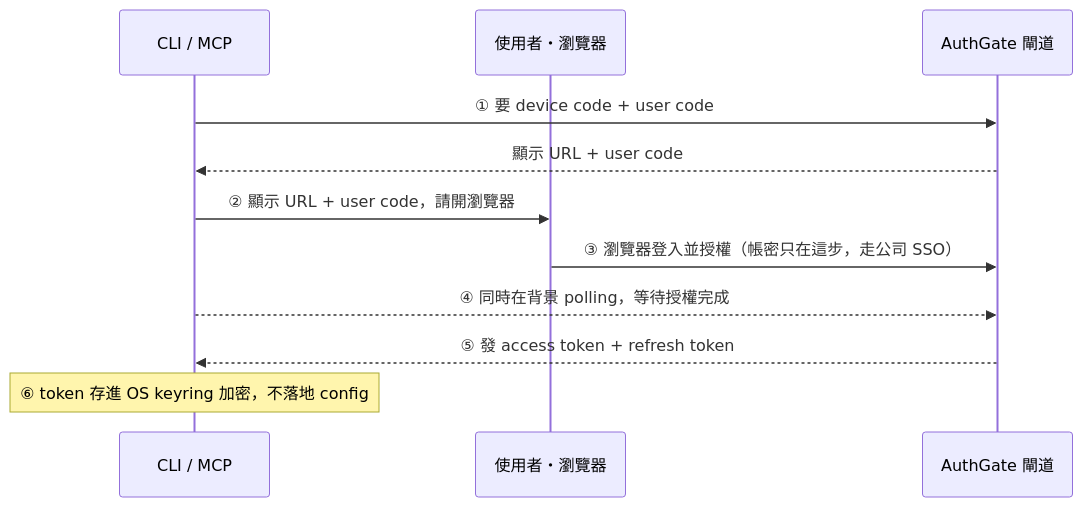
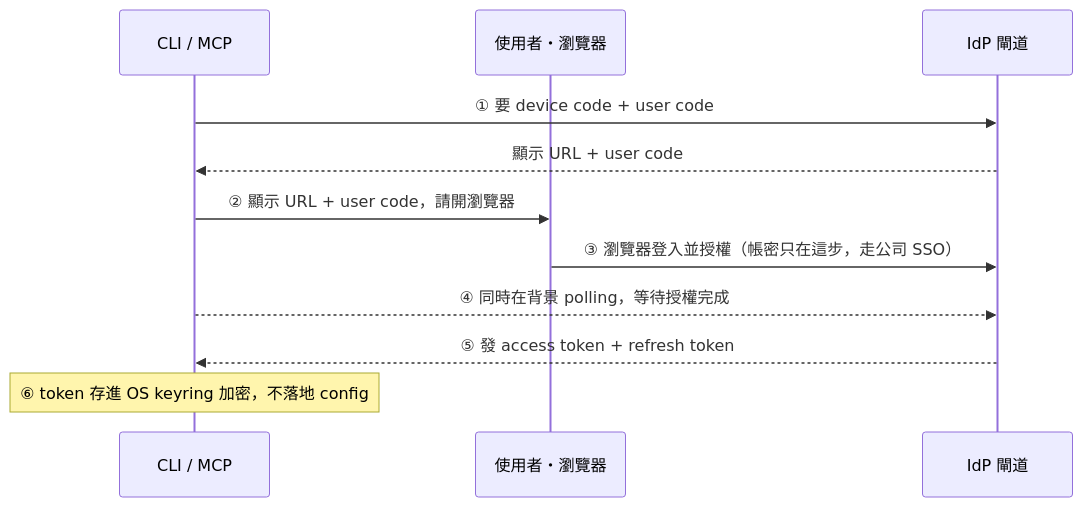
Before and after one commit to appleboy/blog: the fifth of 6 diagrams in content/posts/2026-07-02-ai-agentic-coding-adoption-zh-tw.md, drawn with Mermaid. The commit also changed other lines of this file, not shown here.

First line of the commit message:
docs(posts): add event info and rename AuthGate to IdP

````diff
--- a/content/posts/2026-07-02-ai-agentic-coding-adoption-zh-tw.md
+++ b/content/posts/2026-07-02-ai-agentic-coding-adoption-zh-tw.md
@@ -255,14 +261,14 @@
 ```mermaid
 sequenceDiagram
     participant C as CLI / MCP
     participant U as 使用者・瀏覽器
-    participant A as AuthGate 閘道
+    participant A as IdP 閘道
 
     C->>A: ① 要 device code + user code
     A-->>C: 顯示 URL + user code
     C->>U: ② 顯示 URL + user code，請開瀏覽器
     U->>A: ③ 瀏覽器登入並授權（帳密只在這步，走公司 SSO）
     C-->>A: ④ 同時在背景 polling，等待授權完成
     A-->>C: ⑤ 發 access token + refresh token
     Note over C: ⑥ token 存進 OS keyring 加密，不落地 config
 ```
````
